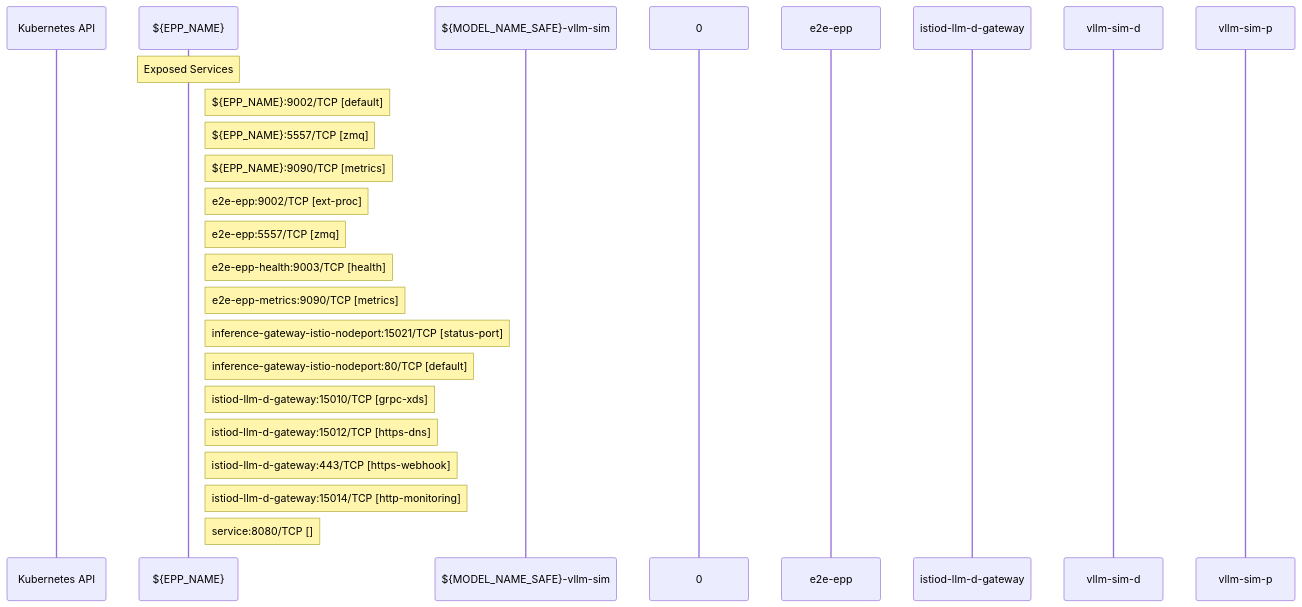
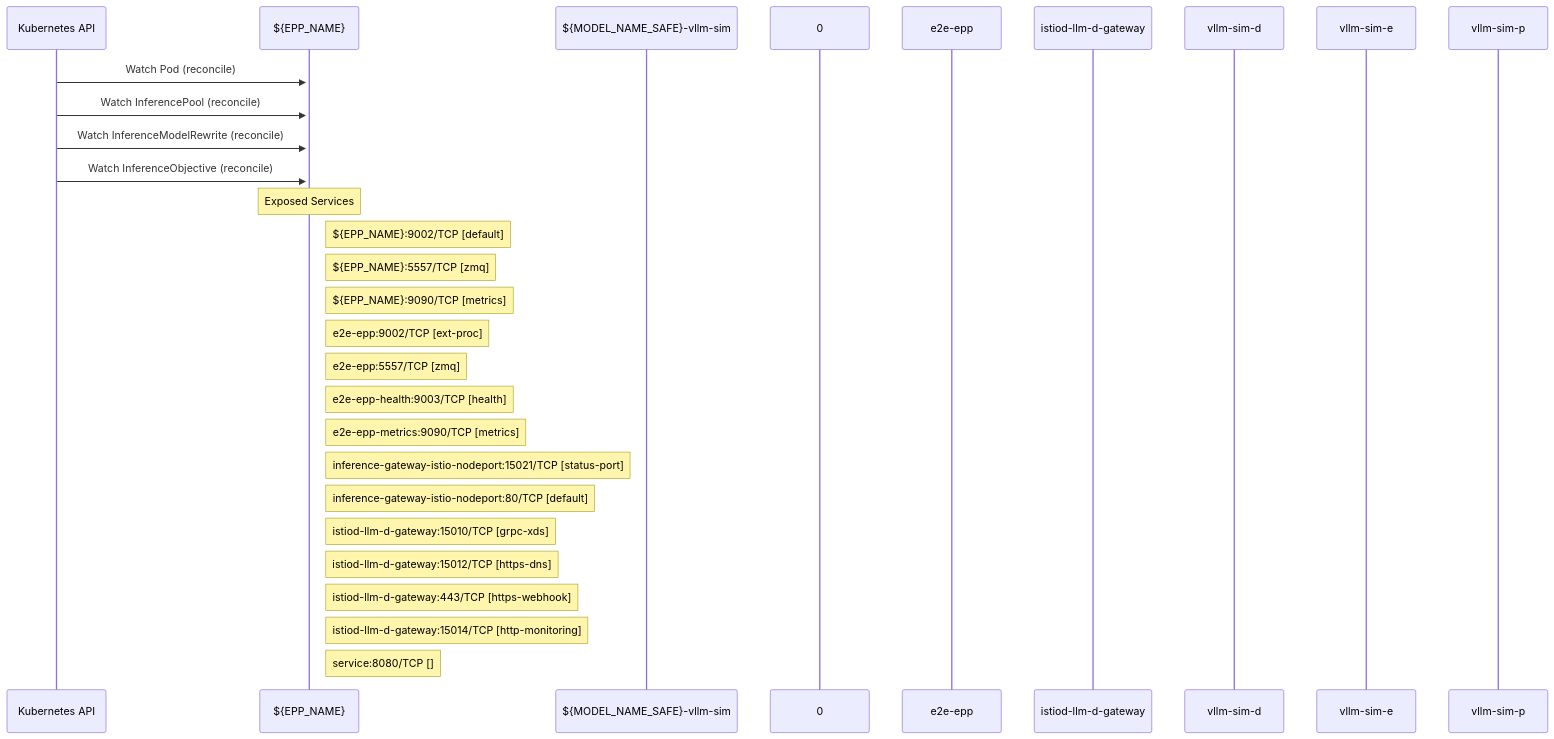
The diagram in site/docs/odh-platform/components/llm_d_inference_scheduler/dataflow.md (ugiordan/rhoai-architecture-analyzer), drawn with Mermaid before and after one commit. The commit also changed other lines of this file and 156 other files, not shown here.

````diff
--- a/site/docs/odh-platform/components/llm_d_inference_scheduler/dataflow.md
+++ b/site/docs/odh-platform/components/llm_d_inference_scheduler/dataflow.md
@@ -13,30 +18,35 @@
 ```mermaid
 sequenceDiagram
     %% Static dataflow for llm-d-inference-scheduler
 
     participant KubernetesAPI as Kubernetes API
     participant n___EPP_NAME_ as ${EPP_NAME}
     participant n___MODEL_NAME_SAFE__vllm_sim as ${MODEL_NAME_SAFE}-vllm-sim
     participant n_0 as 0
     participant e2e_epp as e2e-epp
     participant istiod_llm_d_gateway as istiod-llm-d-gateway
     participant vllm_sim_d as vllm-sim-d
+    participant vllm_sim_e as vllm-sim-e
     participant vllm_sim_p as vllm-sim-p
 
+    KubernetesAPI->>+n___EPP_NAME_: Watch Pod (reconcile)
+    KubernetesAPI->>+n___EPP_NAME_: Watch InferencePool (reconcile)
+    KubernetesAPI->>+n___EPP_NAME_: Watch InferenceModelRewrite (reconcile)
+    KubernetesAPI->>+n___EPP_NAME_: Watch InferenceObjective (reconcile)
 
     Note over n___EPP_NAME_: Exposed Services
     Note right of n___EPP_NAME_: ${EPP_NAME}:9002/TCP [default]
     Note right of n___EPP_NAME_: ${EPP_NAME}:5557/TCP [zmq]
     Note right of n___EPP_NAME_: ${EPP_NAME}:9090/TCP [metrics]
     Note right of n___EPP_NAME_: e2e-epp:9002/TCP [ext-proc]
     Note right of n___EPP_NAME_: e2e-epp:5557/TCP [zmq]
     Note right of n___EPP_NAME_: e2e-epp-health:9003/TCP [health]
     Note right of n___EPP_NAME_: e2e-epp-metrics:9090/TCP [metrics]
     Note right of n___EPP_NAME_: inference-gateway-istio-nodeport:15021/TCP [status-port]
     Note right of n___EPP_NAME_: inference-gateway-istio-nodeport:80/TCP [default]
     Note right of n___EPP_NAME_: istiod-llm-d-gateway:15010/TCP [grpc-xds]
     Note right of n___EPP_NAME_: istiod-llm-d-gateway:15012/TCP [https-dns]
     Note right of n___EPP_NAME_: istiod-llm-d-gateway:443/TCP [https-webhook]
     Note right of n___EPP_NAME_: istiod-llm-d-gateway:15014/TCP [http-monitoring]
     Note right of n___EPP_NAME_: service:8080/TCP []
 ```
````
